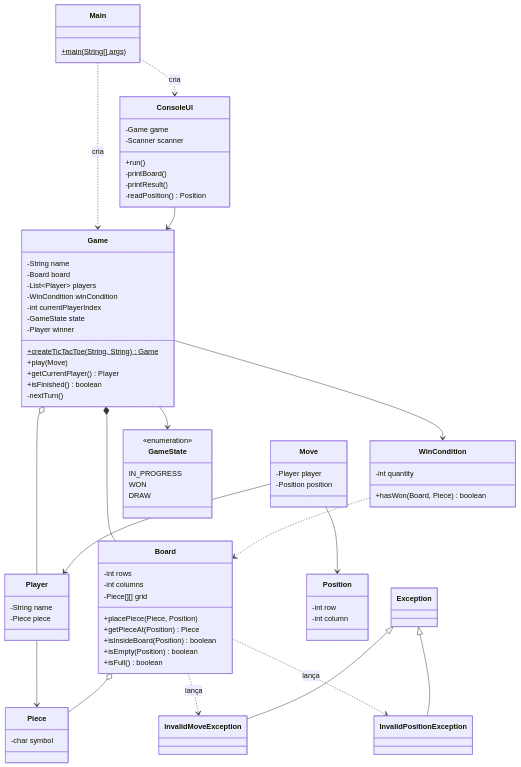
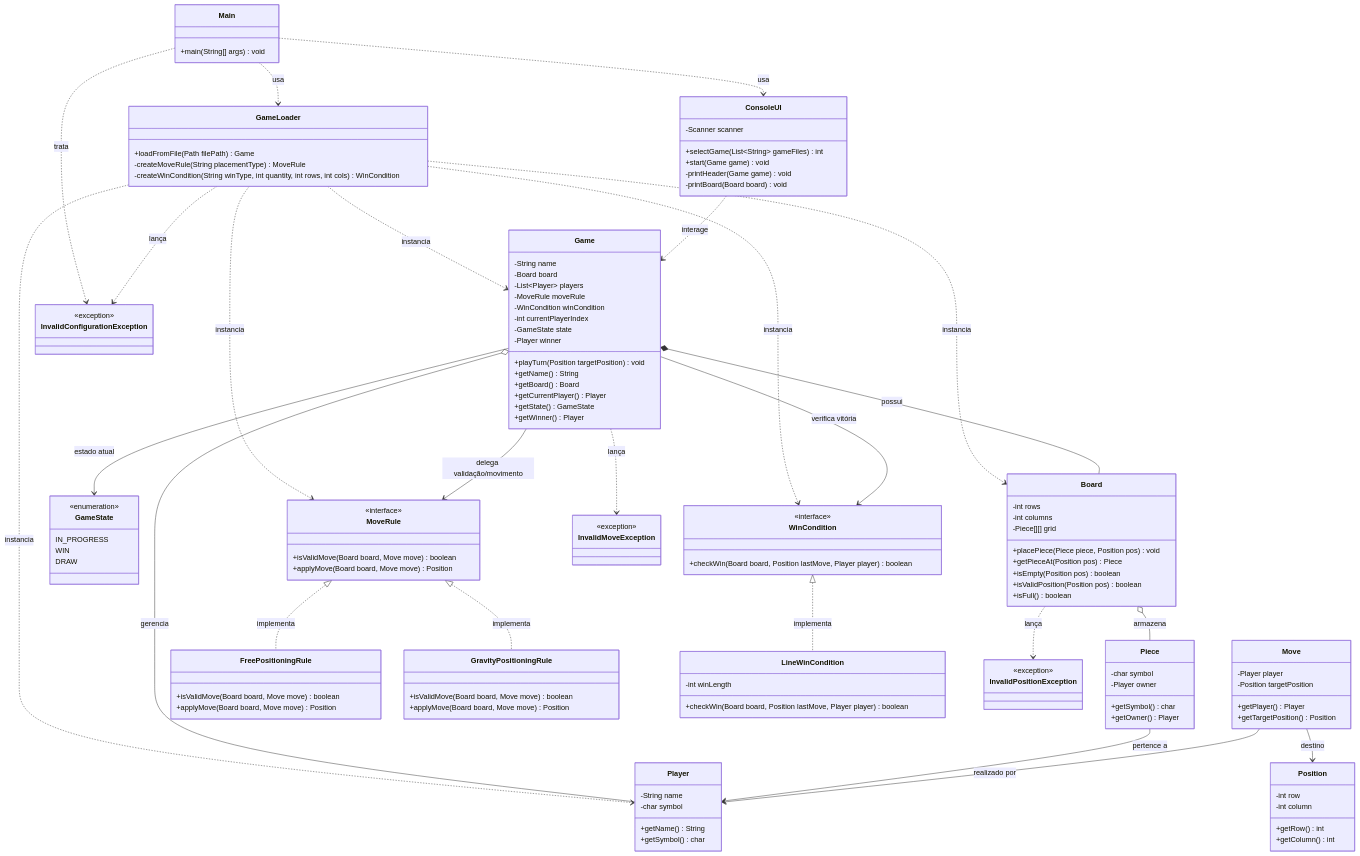
The diagram in README.md (souza-arthur736/board-game-engine-gga), drawn with Mermaid before and after one commit. The commit also changed other lines of this file, not shown here.

````diff
--- a/README.md
+++ b/README.md
@@ -92,82 +108,146 @@
 ```mermaid
 classDiagram
     class Main {
-        +main(String[] args)$
+        +main(String[] args) void
     }
+
+    class GameLoader {
+        +loadFromFile(Path filePath) Game
+        -createMoveRule(String placementType) MoveRule
+        -createWinCondition(String winType, int quantity, int rows, int cols) WinCondition
+    }
+
     class ConsoleUI {
-        -Game game
         -Scanner scanner
-        +run()
-        -printBoard()
-        -printResult()
-        -readPosition() Position
+        +selectGame(List~String~ gameFiles) int
+        +start(Game game) void
+        -printHeader(Game game) void
+        -printBoard(Board board) void
     }
+
     class Game {
         -String name
         -Board board
         -List~Player~ players
+        -MoveRule moveRule
         -WinCondition winCondition
         -int currentPlayerIndex
         -GameState state
         -Player winner
-        +createTicTacToe(String, String)$ Game
-        +play(Move)
+        +playTurn(Position targetPosition) void
+        +getName() String
+        +getBoard() Board
         +getCurrentPlayer() Player
-        +isFinished() boolean
-        -nextTurn()
+        +getState() GameState
+        +getWinner() Player
     }
+
     class Board {
         -int rows
         -int columns
         -Piece[][] grid
-        +placePiece(Piece, Position)
-        +getPieceAt(Position) Piece
-        +isInsideBoard(Position) boolean
-        +isEmpty(Position) boolean
+        +placePiece(Piece piece, Position pos) void
+        +getPieceAt(Position pos) Piece
+        +isEmpty(Position pos) boolean
+        +isValidPosition(Position pos) boolean
         +isFull() boolean
     }
+
     class Player {
         -String name
-        -Piece piece
+        -char symbol
+        +getName() String
+        +getSymbol() char
     }
+
     class Piece {
         -char symbol
+        -Player owner
+        +getSymbol() char
+        +getOwner() Player
     }
+
     class Position {
         -int row
         -int column
+        +getRow() int
+        +getColumn() int
     }
+
     class Move {
         -Player player
-        -Position position
+        -Position targetPosition
+        +getPlayer() Player
+        +getTargetPosition() Position
     }
-    class WinCondition {
-        -int quantity
-        +hasWon(Board, Piece) boolean
-    }
+
     class GameState {
         <<enumeration>>
         IN_PROGRESS
-        WON
+        WIN
         DRAW
     }
-    class InvalidMoveException
-    class InvalidPositionException
 
-    Main ..> Game : cria
-    Main ..> ConsoleUI : cria
-    ConsoleUI --> Game
-    Game *-- Board
-    Game o-- Player
-    Game --> WinCondition
-    Game --> GameState
-    Player --> Piece
-    Board o-- Piece
-    Move --> Player
-    Move --> Position
-    WinCondition ..> Board
-    Board ..> InvalidMoveException : lança
+    class MoveRule {
+        <<interface>>
+        +isValidMove(Board board, Move move) boolean
+        +applyMove(Board board, Move move) Position
+    }
+
+    class FreePositioningRule {
+        +isValidMove(Board board, Move move) boolean
+        +applyMove(Board board, Move move) Position
+    }
+
+    class GravityPositioningRule {
+        +isValidMove(Board board, Move move) boolean
+        +applyMove(Board board, Move move) Position
+    }
+
+    class WinCondition {
+        <<interface>>
+        +checkWin(Board board, Position lastMove, Player player) boolean
+    }
+
+    class LineWinCondition {
+        -int winLength
+        +checkWin(Board board, Position lastMove, Player player) boolean
+    }
+
+    class InvalidConfigurationException {
+        <<exception>>
+    }
+
+    class InvalidMoveException {
+        <<exception>>
+    }
+
+    class InvalidPositionException {
+        <<exception>>
+    }
+
+    Main ..> GameLoader : usa
+    Main ..> ConsoleUI : usa
+    Main ..> InvalidConfigurationException : trata
+    GameLoader ..> Game : instancia
+    GameLoader ..> Board : instancia
+    GameLoader ..> Player : instancia
+    GameLoader ..> MoveRule : instancia
+    GameLoader ..> WinCondition : instancia
+    GameLoader ..> InvalidConfigurationException : lança
+    ConsoleUI ..> Game : interage
+    Game *-- Board : possui
+    Game o-- Player : gerencia
+    Game --> MoveRule : delega validação/movimento
+    Game --> WinCondition : verifica vitória
+    Game --> GameState : estado atual
+    Board o-- Piece : armazena
+    Piece --> Player : pertence a
+    Move --> Player : realizado por
+    Move --> Position : destino
+    MoveRule <|.. FreePositioningRule : implementa
+    MoveRule <|.. GravityPositioningRule : implementa
+    WinCondition <|.. LineWinCondition : implementa
+    Game ..> InvalidMoveException : lança
     Board ..> InvalidPositionException : lança
-    Exception <|-- InvalidMoveException
-    Exception <|-- InvalidPositionException
 ```
````
